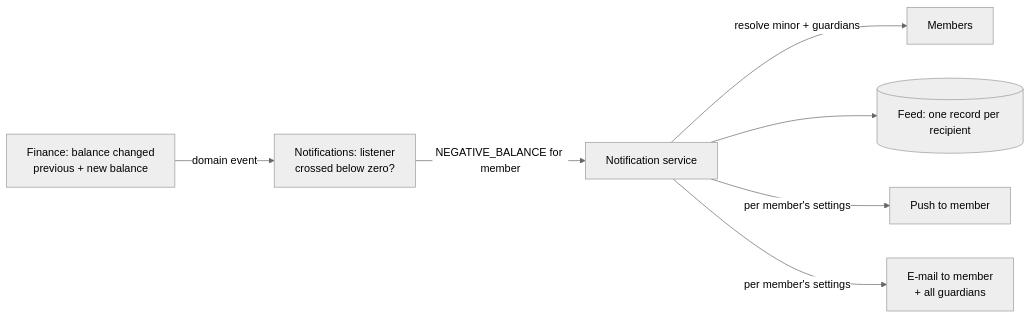
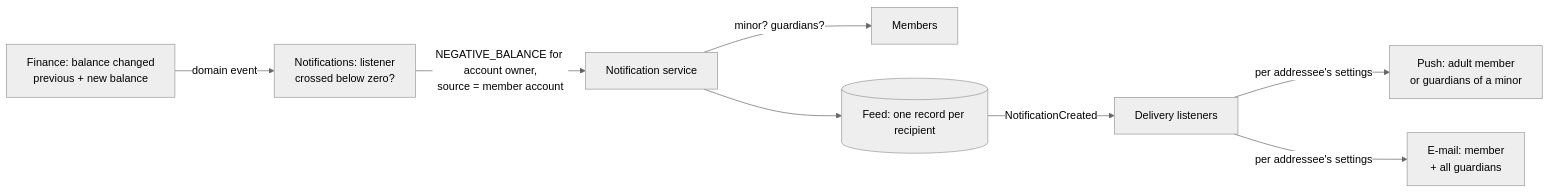
The diagram in openspec/changes/introduce-notification-feed/proposal.md (zabiny/klabis), drawn with Mermaid (neutral theme) before and after one commit. The commit also changed other lines of this file and 4 other files, not shown here.

````diff
--- a/openspec/changes/introduce-notification-feed/proposal.md
+++ b/openspec/changes/introduce-notification-feed/proposal.md
@@ -17,9 +17,10 @@
 ```mermaid
 flowchart LR
     F[Finance: balance changed<br/>previous + new balance] -->|domain event| L[Notifications: listener<br/>crossed below zero?]
-    L -->|NEGATIVE_BALANCE for member| S[Notification service]
-    S -->|resolve minor + guardians| M[Members]
+    L -->|NEGATIVE_BALANCE for account owner,<br/>source = member account| S[Notification service]
+    S -->|minor? guardians?| M[Members]
     S --> FEED[(Feed: one record per recipient)]
-    S -->|per member's settings| PUSH[Push to member]
-    S -->|per member's settings| MAIL[E-mail to member<br/>+ all guardians]
+    FEED -->|NotificationCreated| D[Delivery listeners]
+    D -->|per addressee's settings| PUSH[Push: adult member<br/>or guardians of a minor]
+    D -->|per addressee's settings| MAIL[E-mail: member<br/>+ all guardians]
 ```
````
